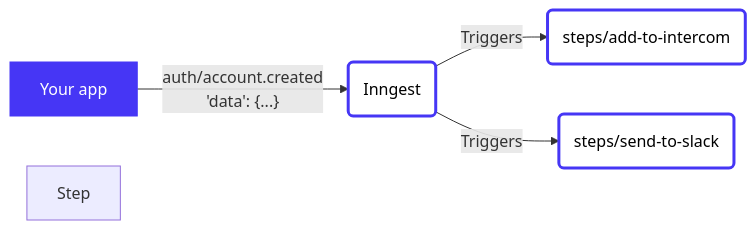
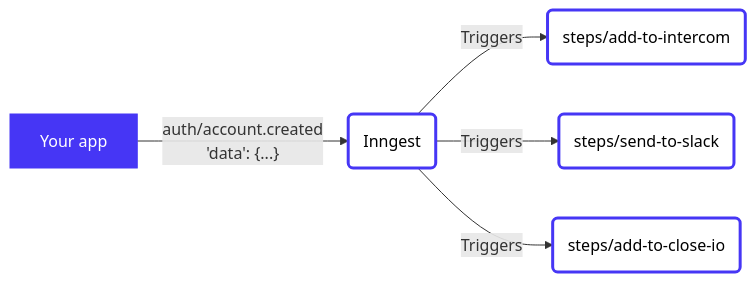
One commit to inngest/inngest changed the diagram in examples/account-federation-step-function/README.md. Above: the diagram before and after it, drawn with Mermaid. The commit also changed other lines of this file and 7 other files, not shown here.

````diff
--- a/examples/account-federation-step-function/README.md
+++ b/examples/account-federation-step-function/README.md
@@ -8,14 +8,15 @@
 ```mermaid
 graph LR
 Source[Your app] -->|"auth/account.created<br>'data': {...}"| Inngest(Inngest)
 Inngest -->|Triggers| Intercom(steps/add-to-intercom)
 Inngest -->|Triggers| Slack(steps/send-to-slack)
+Inngest -->|Triggers| Close(steps/add-to-close-io)
 
 classDef in fill:#4636f5,color:white,stroke:#4636f5;
 classDef inngest fill:white,color:black,stroke:#4636f5,stroke-width:3px;
 classDef out fill:white,color:black,stroke:#4636f5,stroke-dasharray: 5 5,stroke-width:3px;
 
 class Source in;
-class Inngest,Intercom,Slack inngest;
-class Output out;Step
+class Inngest,Intercom,Slack,Close inngest;
+class Output out;
 ```
````
